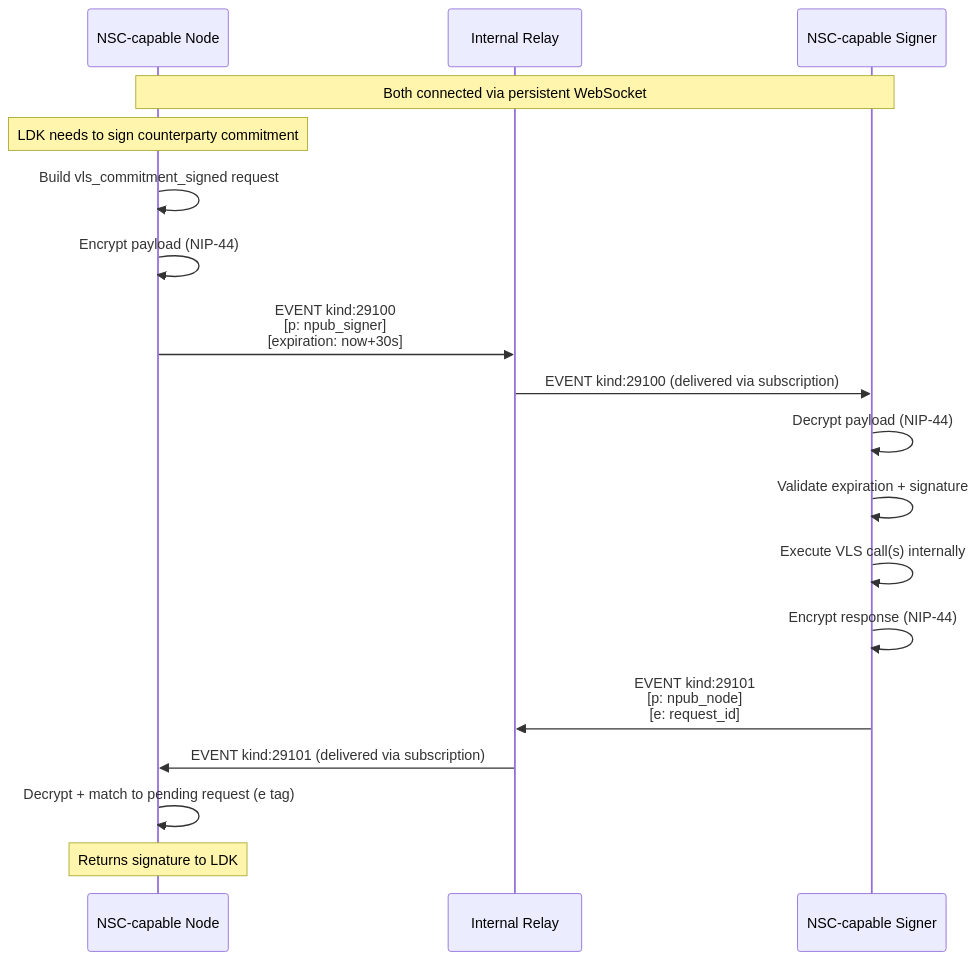
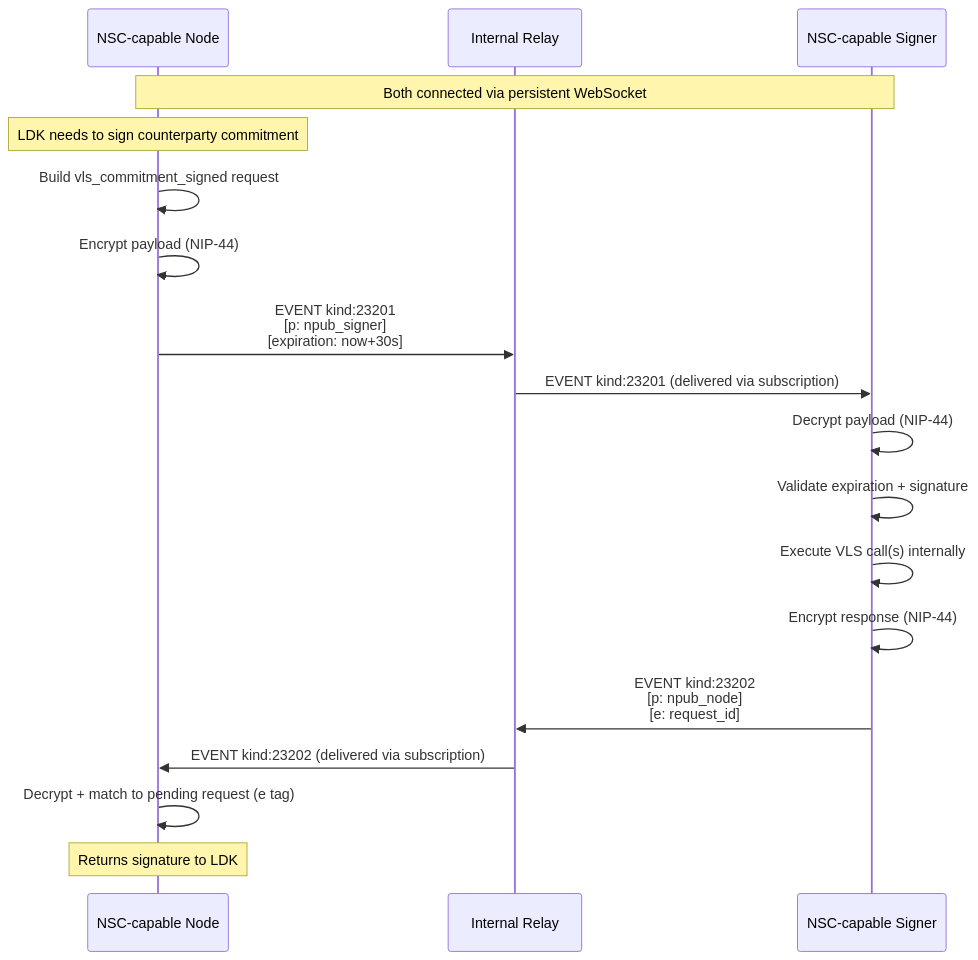
Before and after one commit to dukeh3/vls-arch: the diagram in future/nostr-signer-connect.md, drawn with Mermaid. The commit also changed other lines of this file, not shown here.

First line of the commit message:
Sync NSC event kinds with NIP-XY spec

````diff
--- a/future/nostr-signer-connect.md
+++ b/future/nostr-signer-connect.md
@@ -447,30 +449,30 @@
 ```mermaid
 sequenceDiagram
     participant Node as NSC-capable Node
     participant Relay as Internal Relay
     participant Signer as NSC-capable Signer
 
     Note over Node, Signer: Both connected via persistent WebSocket
 
     Note over Node: LDK needs to sign counterparty commitment
 
     Node->>Node: Build vls_commitment_signed request
     Node->>Node: Encrypt payload (NIP-44)
 
-    Node->>Relay: EVENT kind:29100<br/>[p: npub_signer]<br/>[expiration: now+30s]
+    Node->>Relay: EVENT kind:23201<br/>[p: npub_signer]<br/>[expiration: now+30s]
 
-    Relay->>Signer: EVENT kind:29100 (delivered via subscription)
+    Relay->>Signer: EVENT kind:23201 (delivered via subscription)
 
     Signer->>Signer: Decrypt payload (NIP-44)
     Signer->>Signer: Validate expiration + signature
     Signer->>Signer: Execute VLS call(s) internally
 
     Signer->>Signer: Encrypt response (NIP-44)
-    Signer->>Relay: EVENT kind:29101<br/>[p: npub_node]<br/>[e: request_id]
+    Signer->>Relay: EVENT kind:23202<br/>[p: npub_node]<br/>[e: request_id]
 
-    Relay->>Node: EVENT kind:29101 (delivered via subscription)
+    Relay->>Node: EVENT kind:23202 (delivered via subscription)
 
     Node->>Node: Decrypt + match to pending request (e tag)
 
     Note over Node: Returns signature to LDK
 ```
````
